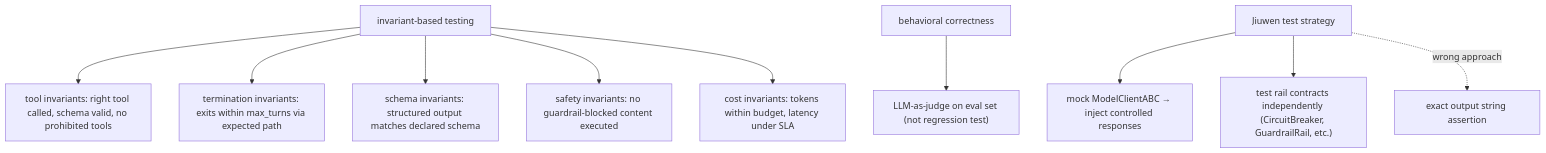
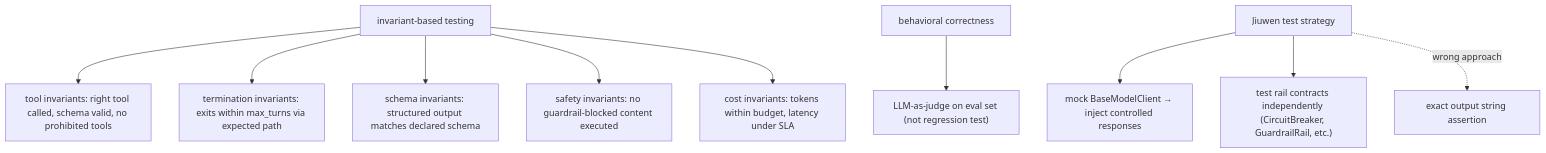
One commit to michaelatamuk/openjiuwen-knowledge changed diagram 26 of 26 in content/topics/15-evaluation.md. Above: the diagram before and after it, drawn with Mermaid. The commit also changed other lines of this file and 47 other files, not shown here.

````diff
--- a/content/topics/15-evaluation.md
+++ b/content/topics/15-evaluation.md
@@ -694,12 +694,12 @@
 ```mermaid
 flowchart TD
     INVAR["invariant-based testing"] --> TOOL_I["tool invariants: right tool called, schema valid, no prohibited tools"]
     INVAR --> TERM_I["termination invariants: exits within max_turns via expected path"]
     INVAR --> SCHEMA_I["schema invariants: structured output matches declared schema"]
     INVAR --> SAFE_I["safety invariants: no guardrail-blocked content executed"]
     INVAR --> COST_I["cost invariants: tokens within budget, latency under SLA"]
     BEHAV["behavioral correctness"] --> JUDGE["LLM-as-judge on eval set (not regression test)"]
-    JIW_T["Jiuwen test strategy"] --> MOCK["mock ModelClientABC → inject controlled responses"]
+    JIW_T["Jiuwen test strategy"] --> MOCK["mock BaseModelClient → inject controlled responses"]
     JIW_T --> RAILS["test rail contracts independently (CircuitBreaker, GuardrailRail, etc.)"]
     JIW_T -.->|"wrong approach"| EXACT["exact output string assertion"]
 ```
````
